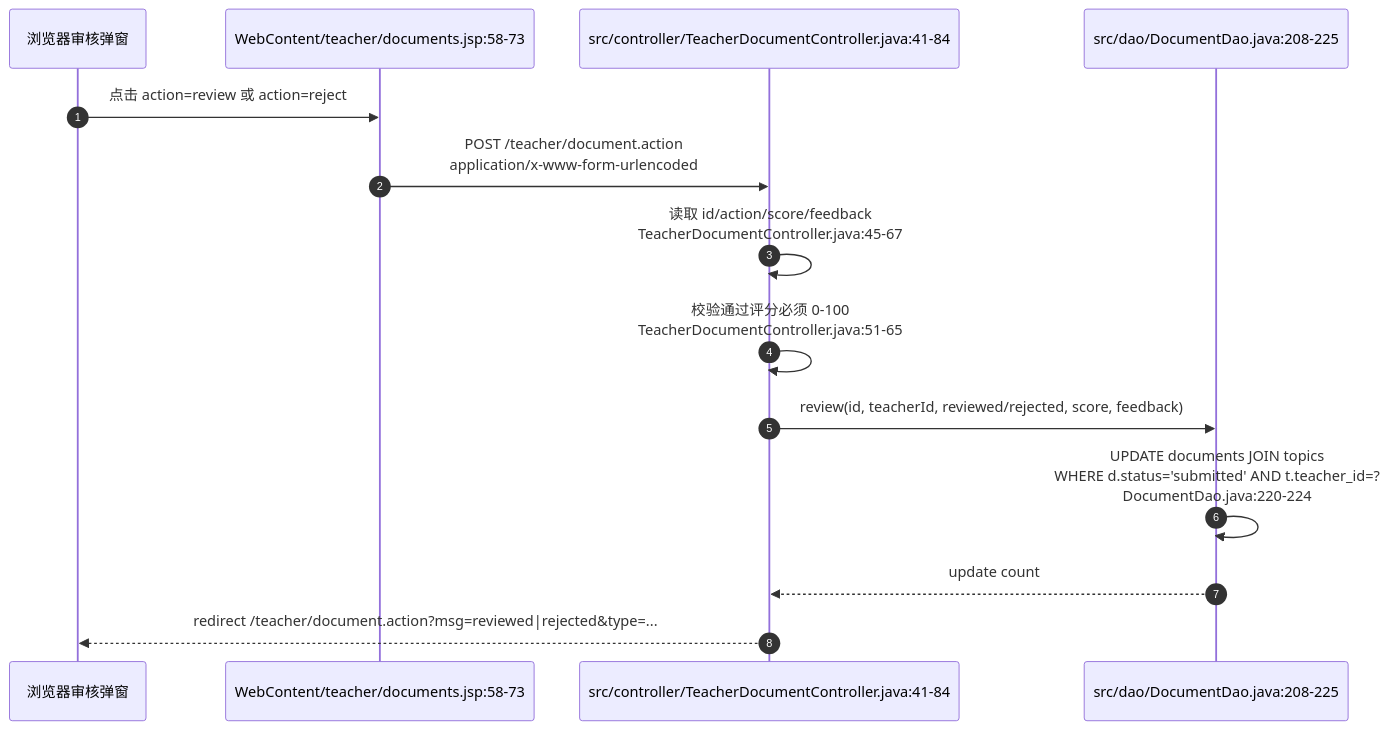
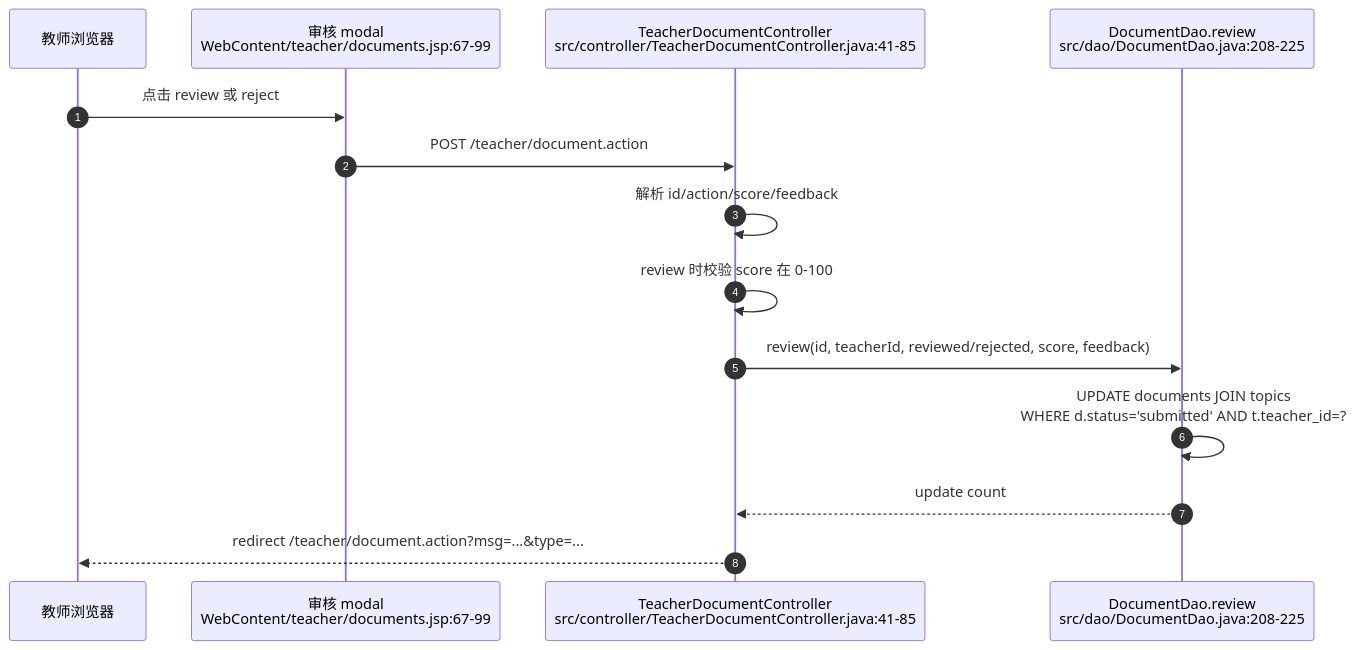
Before and after one commit to guangxiangdebizi/graduation-design-management-system: the fifth of 11 diagrams in docs/网络数据流详解/parts/03-document-upload-download.md, drawn with Mermaid. The commit also changed other lines of this file and 8 other files, not shown here.

First line of the commit message:
refactor project documentation and enhance network data flow details

````diff
--- a/docs/网络数据流详解/parts/03-document-upload-download.md
+++ b/docs/网络数据流详解/parts/03-document-upload-download.md
@@ -356,17 +259,17 @@
 ```mermaid
 sequenceDiagram
     autonumber
-    participant B as 浏览器审核弹窗
-    participant JSP as WebContent/teacher/documents.jsp:58-73
-    participant C as src/controller/TeacherDocumentController.java:41-84
-    participant DAO as src/dao/DocumentDao.java:208-225
+    participant B as 教师浏览器
+    participant JSP as 审核 modal<br/>WebContent/teacher/documents.jsp:67-99
+    participant C as TeacherDocumentController<br/>src/controller/TeacherDocumentController.java:41-85
+    participant DAO as DocumentDao.review<br/>src/dao/DocumentDao.java:208-225
 
-    B->>JSP: 点击 action=review 或 action=reject
-    JSP->>C: POST /teacher/document.action<br/>application/x-www-form-urlencoded
-    C->>C: 读取 id/action/score/feedback<br/>TeacherDocumentController.java:45-67
-    C->>C: 校验通过评分必须 0-100<br/>TeacherDocumentController.java:51-65
+    B->>JSP: 点击 review 或 reject
+    JSP->>C: POST /teacher/document.action
+    C->>C: 解析 id/action/score/feedback
+    C->>C: review 时校验 score 在 0-100
     C->>DAO: review(id, teacherId, reviewed/rejected, score, feedback)
-    DAO->>DAO: UPDATE documents JOIN topics<br/>WHERE d.status='submitted' AND t.teacher_id=?<br/>DocumentDao.java:220-224
+    DAO->>DAO: UPDATE documents JOIN topics<br/>WHERE d.status='submitted' AND t.teacher_id=?
     DAO-->>C: update count
-    C-->>B: redirect /teacher/document.action?msg=reviewed|rejected&type=...
+    C-->>B: redirect /teacher/document.action?msg=...&type=...
 ```
````
